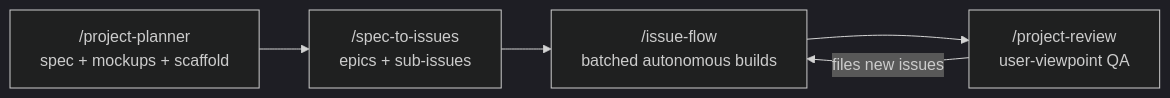
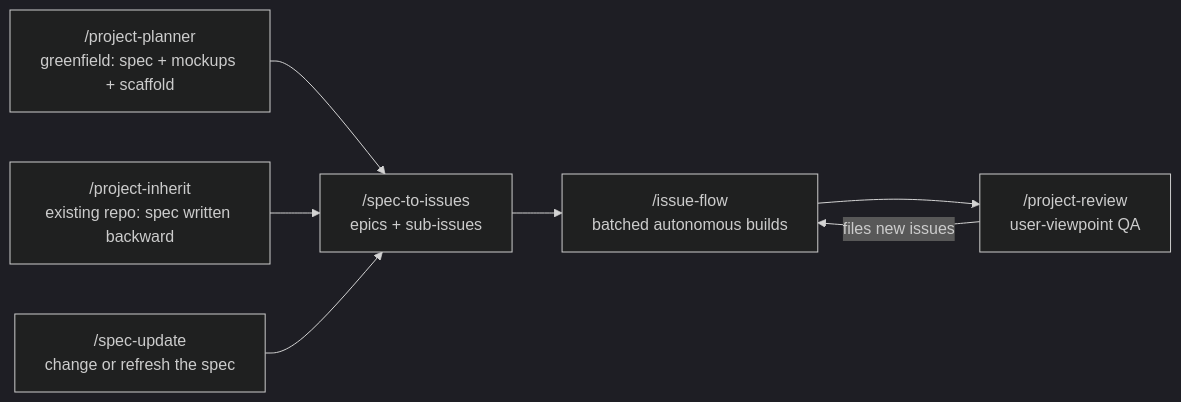
One commit to Crank-Git/claude-plugins changed the first of 6 diagrams in issue-flow/README.md. Above: the diagram before and after it, drawn with Mermaid (dark theme). The commit also changed other lines of this file and 8 other files, not shown here.

First line of the commit message:
issue-flow: /project-inherit and /spec-update — adopt existing repos, evolve specs (#34)

````diff
--- a/issue-flow/README.md
+++ b/issue-flow/README.md
@@ -5,7 +5,9 @@
 ```mermaid
 flowchart LR
-    P["/project-planner<br/>spec + mockups + scaffold"] --> S["/spec-to-issues<br/>epics + sub-issues"]
+    P["/project-planner<br/>greenfield: spec + mockups + scaffold"] --> S["/spec-to-issues<br/>epics + sub-issues"]
+    I["/project-inherit<br/>existing repo: spec written backward"] --> S
+    U["/spec-update<br/>change or refresh the spec"] --> S
     S --> F["/issue-flow<br/>batched autonomous builds"]
     F --> R["/project-review<br/>user-viewpoint QA"]
     R -- "files new issues" --> F
 ```
````
